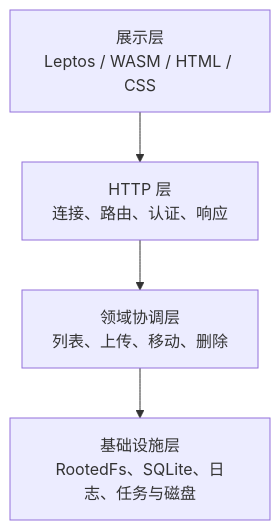
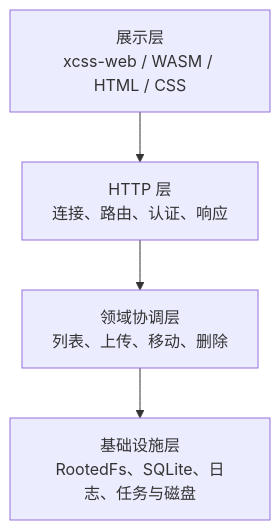
The first of 2 diagrams in docs/beginner-guide/01-project-overview.md (isarmg/xczs), drawn with Mermaid before and after one commit. The commit also changed other lines of this file and 225 other files, not shown here.

Commit message:
Use xcss-web facade for browser CSR

````diff
--- a/docs/beginner-guide/01-project-overview.md
+++ b/docs/beginner-guide/01-project-overview.md
@@ -34,10 +34,10 @@
 ```mermaid
 flowchart TB
-    P[展示层<br/>Leptos / WASM / HTML / CSS]
+    P[展示层<br/>xcss-web / WASM / HTML / CSS]
     H[HTTP 层<br/>连接、路由、认证、响应]
     D[领域协调层<br/>列表、上传、移动、删除]
     I[基础设施层<br/>RootedFs、SQLite、日志、任务与磁盘]
     P --> H
     H --> D
     D --> I
 ```
````
